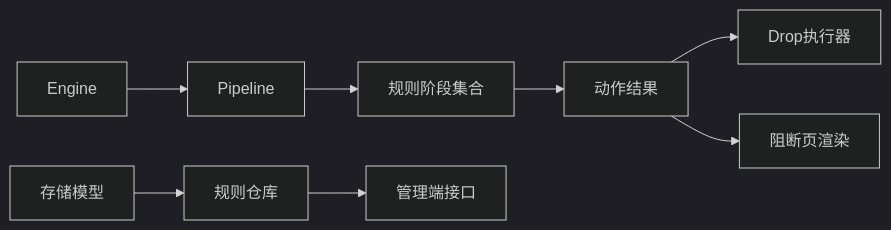
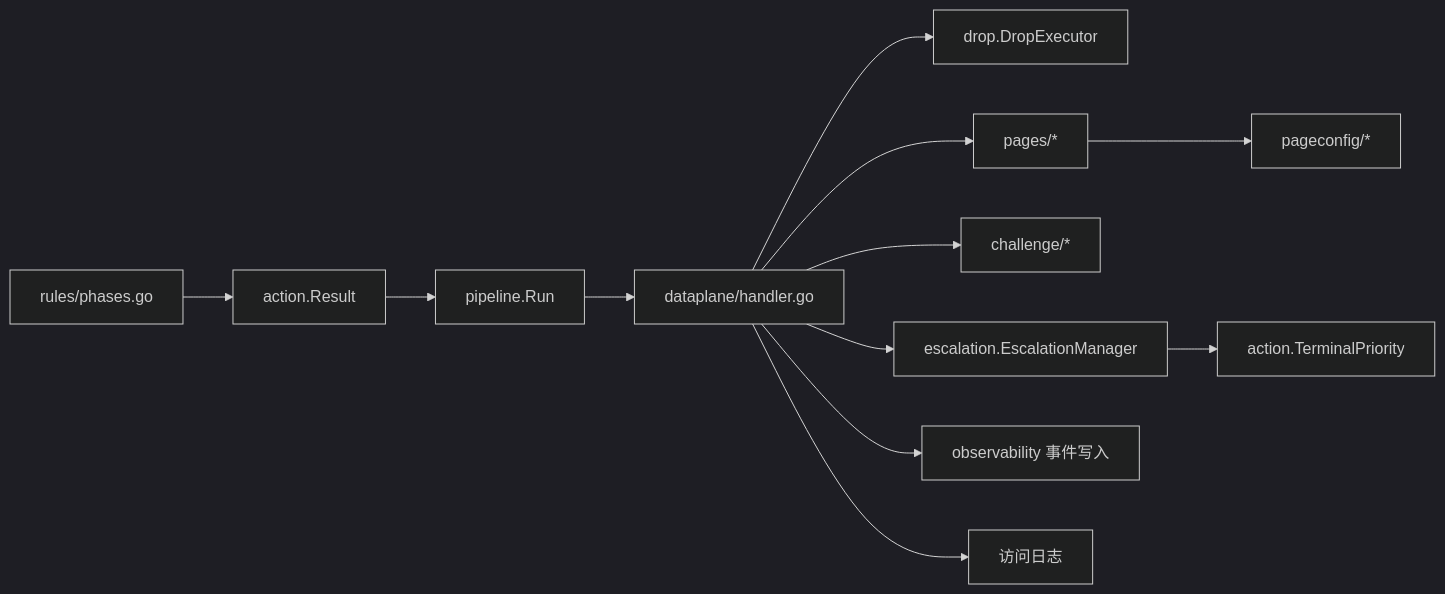
One commit to x01n/My-OpenWaf changed the sixth of 6 diagrams in docs/WAF 引擎系统/动作与结果系统.md. Above: the diagram before and after it, drawn with Mermaid (dark theme). The commit also changed other lines of this file and 622 other files, not shown here.

````diff
--- a/docs/WAF 引擎系统/动作与结果系统.md
+++ b/docs/WAF 引擎系统/动作与结果系统.md
@@ -382,10 +479,14 @@
 ```mermaid
 graph LR
-ENGINE["Engine"] --> PIPELINE["Pipeline"]
-PIPELINE --> PHASES["规则阶段集合"]
-PHASES --> ACTION["动作结果"]
-ACTION --> DROP["Drop执行器"]
-ACTION --> BLOCK["阻断页渲染"]
-MODELS["存储模型"] --> REPO["规则仓库"]
-REPO --> ADMIN["管理端接口"]
+PHC["rules/phases.go"] --> RES["action.Result"]
+RES --> RUN["pipeline.Run"]
+RUN --> HND["dataplane/handler.go"]
+HND --> DRP["drop.DropExecutor"]
+HND --> PGS["pages/*"]
+HND --> CHL["challenge/*"]
+HND --> ESC["escalation.EscalationManager"]
+PGS --> PGC["pageconfig/*"]
+ESC --> ACT["action.TerminalPriority"]
+HND --> EVT["observability 事件写入"]
+HND --> ACC["访问日志"]
 ```
````
